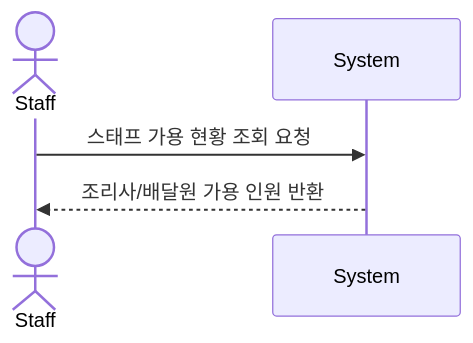
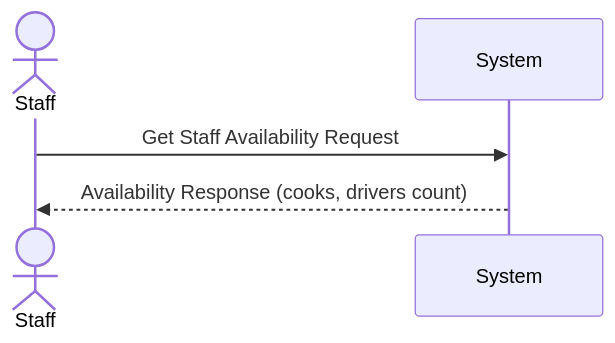
Diagram 11 of 11 in docs/system-sequence-diagrams.md (Ddogan-zip/ddoganzip-backend), drawn with Mermaid before and after one commit. The commit also changed other lines of this file, not shown here.

First line of the commit message:
Update sequence diagram messages to English

````diff
--- a/docs/system-sequence-diagrams.md
+++ b/docs/system-sequence-diagrams.md
@@ -143,8 +143,8 @@
 ```mermaid
 sequenceDiagram
     actor Staff
     participant System
 
-    Staff->>System: 스태프 가용 현황 조회 요청
-    System-->>Staff: 조리사/배달원 가용 인원 반환
+    Staff->>System: Get Staff Availability Request
+    System-->>Staff: Availability Response (cooks, drivers count)
 ```
````
